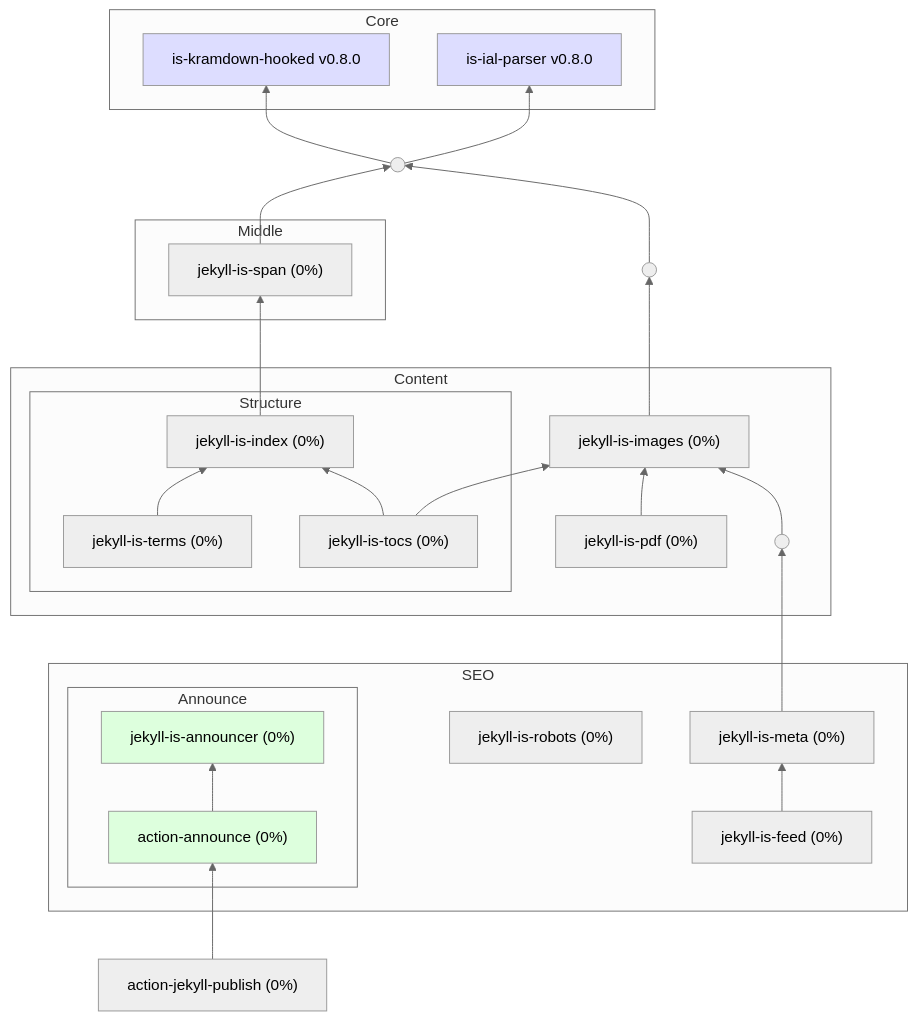
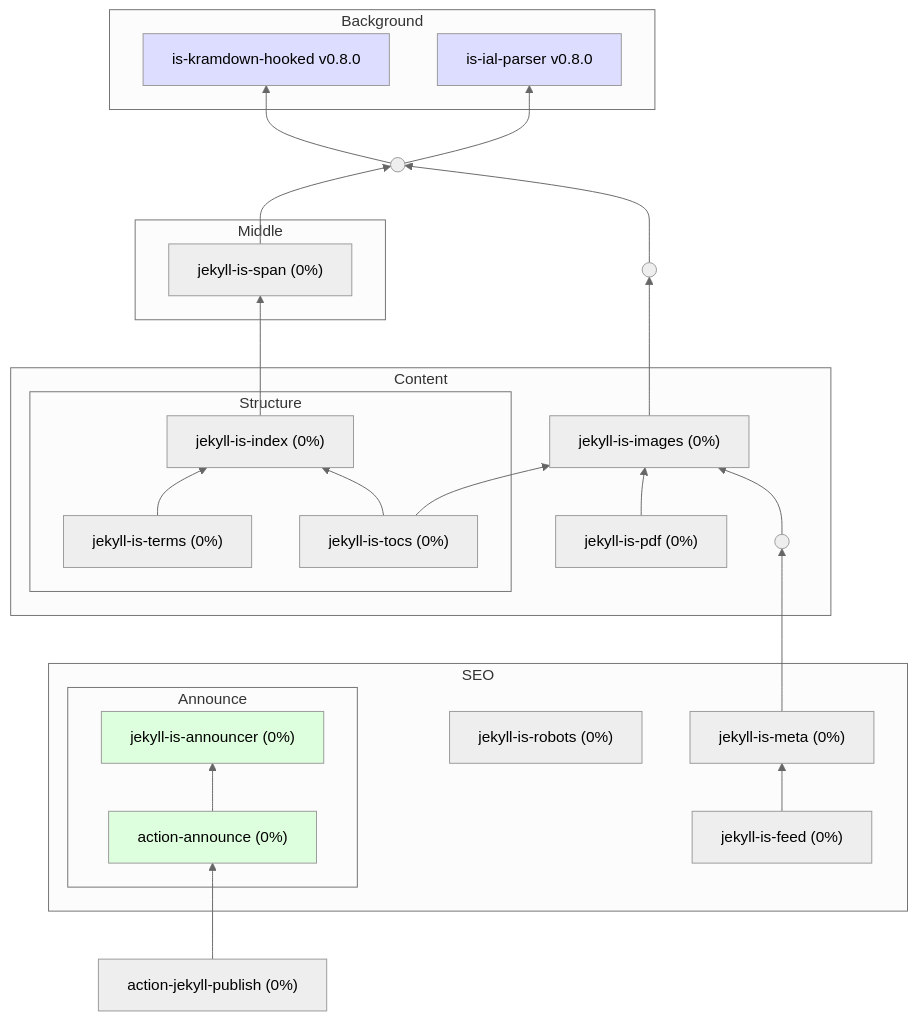
The diagram in profile/README.md (jekyll-is/.github), drawn with Mermaid (neutral theme) before and after one commit.

```diff
--- a/profile/README.md
+++ b/profile/README.md
@@ -26,7 +26,7 @@
   act-announce["action-announce (0%)"] --> announcer
   publish["action-jekyll-publish (0%)"] --> act-announce
 
-  subgraph core [Core]
+  subgraph core [Background]
     ial
     kramdown
   end
```
